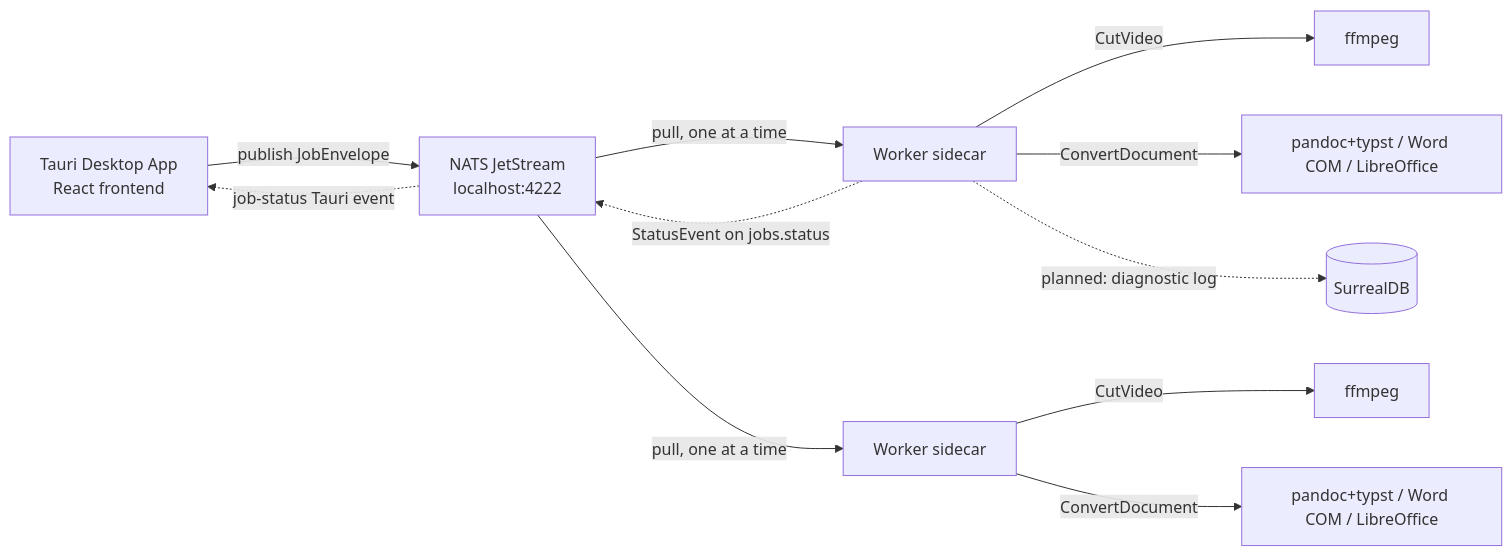
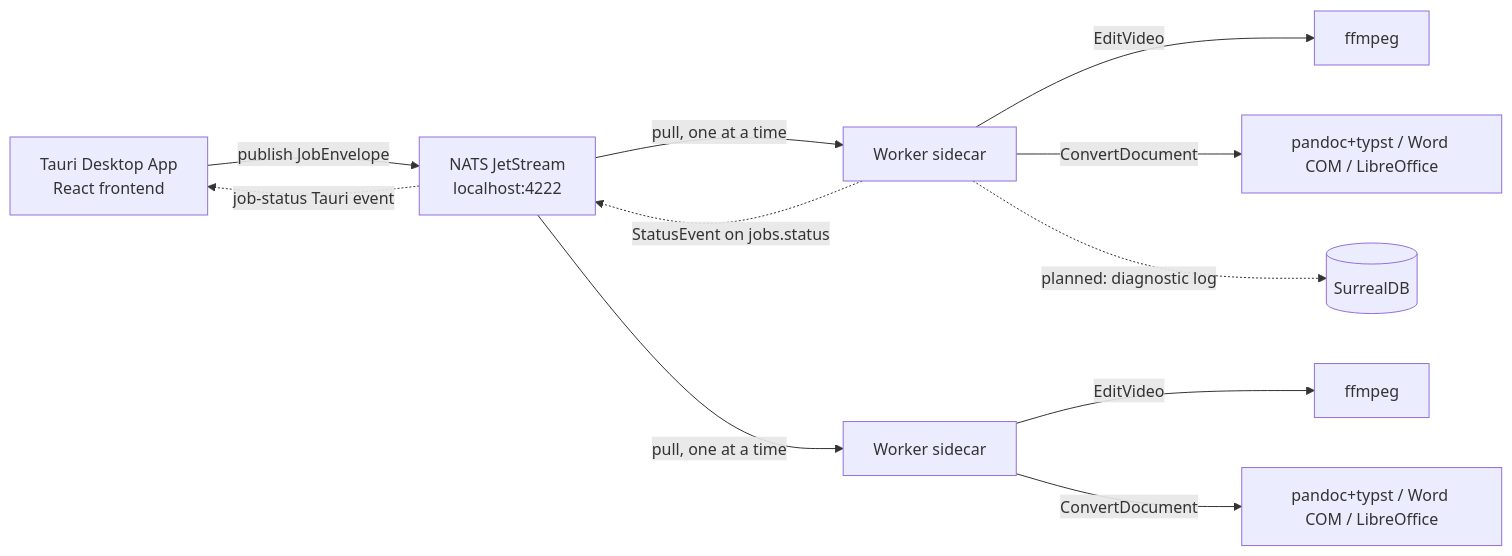
The diagram in wiki/architecture/system-overview.md (maximka76667/swiss-kyle), drawn with Mermaid before and after one commit. The commit also changed other lines of this file and 42 other files, not shown here.

````diff
--- a/wiki/architecture/system-overview.md
+++ b/wiki/architecture/system-overview.md
@@ -20,13 +20,13 @@
 ```mermaid
 flowchart LR
     UI[Tauri Desktop App\nReact frontend] -->|publish JobEnvelope| NATS[NATS JetStream\nlocalhost:4222]
     NATS -->|pull, one at a time| W1[Worker sidecar]
     NATS -->|pull, one at a time| W2[Worker sidecar]
-    W1 -->|CutVideo| FF[ffmpeg]
+    W1 -->|EditVideo| FF[ffmpeg]
     W1 -->|ConvertDocument| DC[pandoc+typst / Word COM / LibreOffice]
-    W2 -->|CutVideo| FF2[ffmpeg]
+    W2 -->|EditVideo| FF2[ffmpeg]
     W2 -->|ConvertDocument| DC2[pandoc+typst / Word COM / LibreOffice]
     W1 -.->|StatusEvent on jobs.status| NATS
     NATS -.->|job-status Tauri event| UI
     W1 -.->|planned: diagnostic log| DB[(SurrealDB)]
 ```
````
